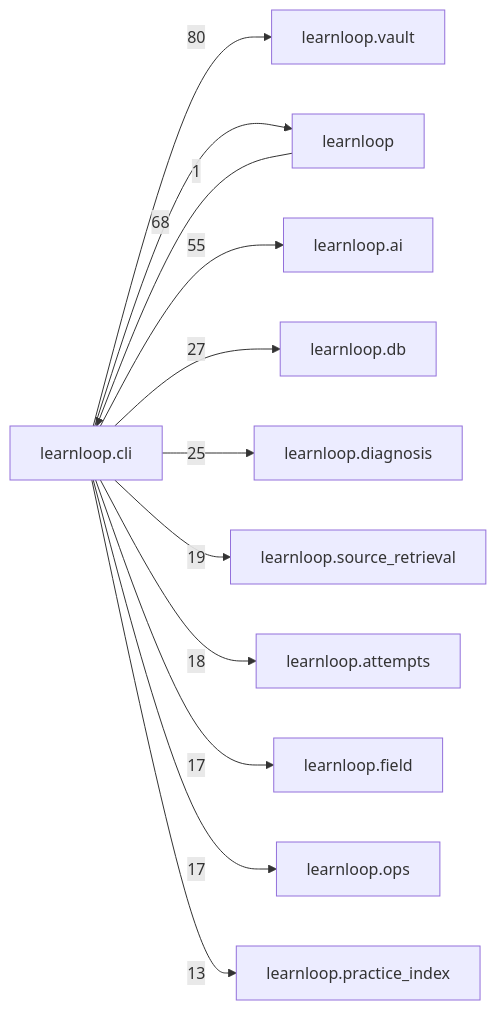
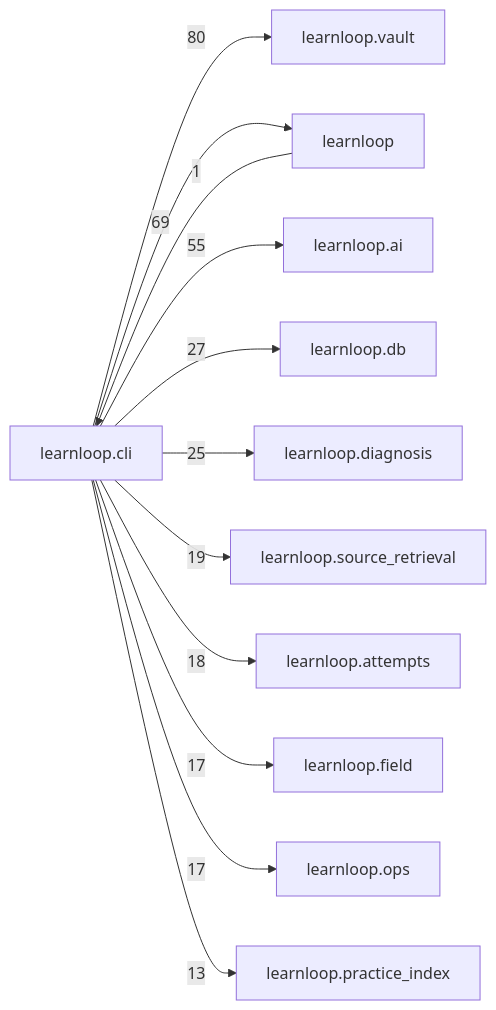
One commit to 6up-b/learnanything changed the diagram in docs/learnloop-architecture-vault/Reference/Modules/learnloop/cli/_package.md. Above: the diagram before and after it, drawn with Mermaid. The commit also changed other lines of this file and 542 other files, not shown here.

````diff
--- a/docs/learnloop-architecture-vault/Reference/Modules/learnloop/cli/_package.md
+++ b/docs/learnloop-architecture-vault/Reference/Modules/learnloop/cli/_package.md
@@ -229,25 +229,25 @@
 ```mermaid
 flowchart LR
     center["learnloop.cli"]
     n_learnloop_vault["learnloop.vault"]
     n_learnloop["learnloop"]
     n_learnloop_ai["learnloop.ai"]
     n_learnloop_db["learnloop.db"]
     n_learnloop_diagnosis["learnloop.diagnosis"]
     n_learnloop_source_retrieval["learnloop.source_retrieval"]
     n_learnloop_attempts["learnloop.attempts"]
     n_learnloop_field["learnloop.field"]
     n_learnloop_ops["learnloop.ops"]
     n_learnloop_practice_index["learnloop.practice_index"]
     center -->|80| n_learnloop_vault
     n_learnloop -->|1| center
-    center -->|68| n_learnloop
+    center -->|69| n_learnloop
     center -->|55| n_learnloop_ai
     center -->|27| n_learnloop_db
     center -->|25| n_learnloop_diagnosis
     center -->|19| n_learnloop_source_retrieval
     center -->|18| n_learnloop_attempts
     center -->|17| n_learnloop_field
     center -->|17| n_learnloop_ops
     center -->|13| n_learnloop_practice_index
 ```
````
